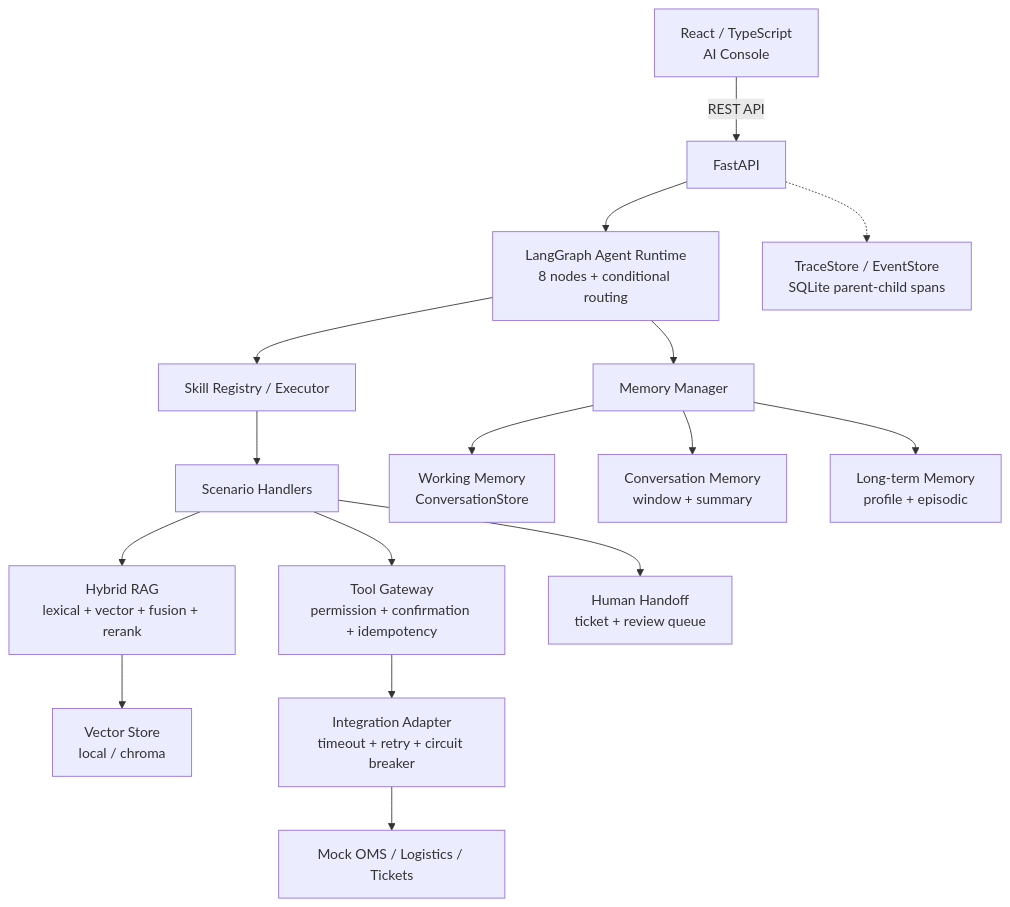
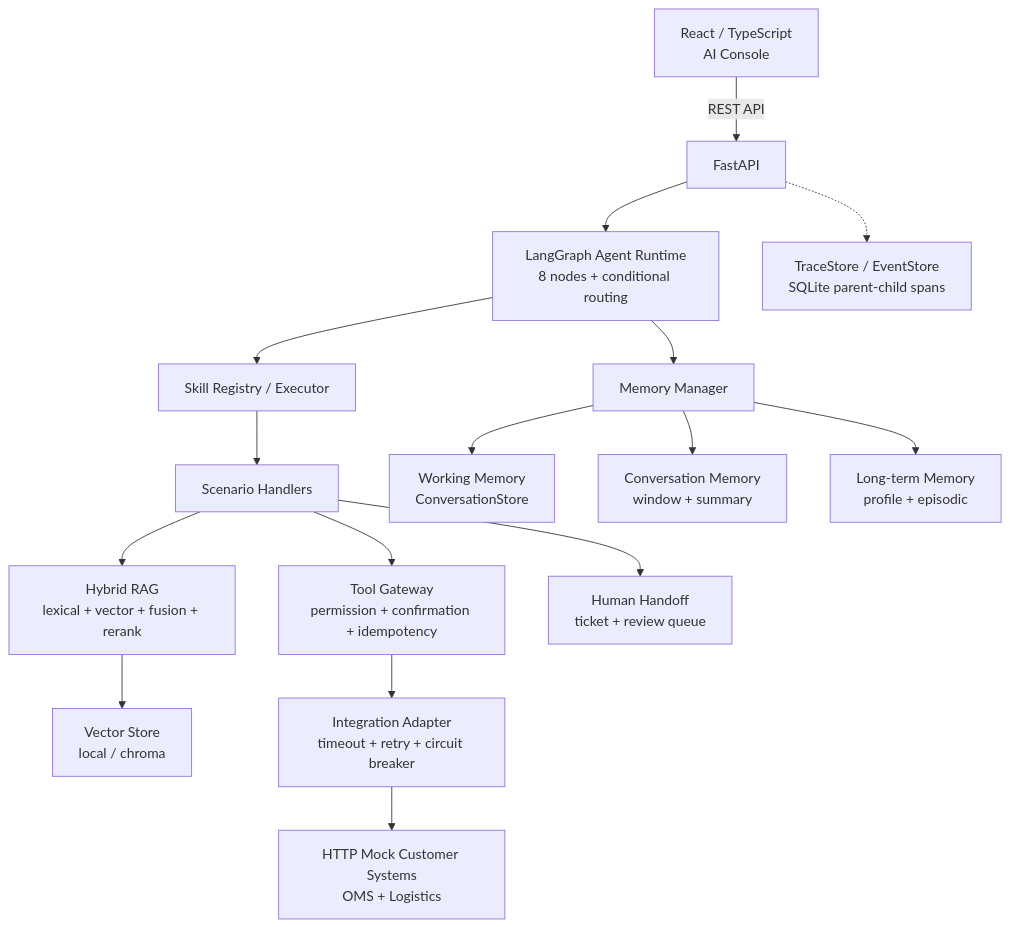
Before and after one commit to jonji886/ai-support-delivery: the diagram in README.md, drawn with Mermaid. The commit also changed other lines of this file and 19 other files, not shown here.

First line of the commit message:
Add customer system integration with HTTP client, field mappers and mock customer systems

````diff
--- a/README.md
+++ b/README.md
@@ -56,18 +56,18 @@
 ```mermaid
 flowchart TB
     U[React / TypeScript<br/>AI Console] -->|REST API| API[FastAPI]
     API --> G[LangGraph Agent Runtime<br/>8 nodes + conditional routing]
     G --> S[Skill Registry / Executor]
     S --> H[Scenario Handlers]
     H --> T[Tool Gateway<br/>permission + confirmation + idempotency]
     H --> RAG[Hybrid RAG<br/>lexical + vector + fusion + rerank]
     H --> HANDOFF[Human Handoff<br/>ticket + review queue]
     G --> MEM[Memory Manager]
     MEM --> WM[Working Memory<br/>ConversationStore]
     MEM --> CM[Conversation Memory<br/>window + summary]
     MEM --> LTM[Long-term Memory<br/>profile + episodic]
     RAG --> VS[Vector Store<br/>local / chroma]
     T --> IA[Integration Adapter<br/>timeout + retry + circuit breaker]
-    IA --> OMS[Mock OMS / Logistics / Tickets]
+    IA --> MOCK[HTTP Mock Customer Systems<br/>OMS + Logistics]
     API -.-> TRACE[TraceStore / EventStore<br/>SQLite parent-child spans]
 ```
````
